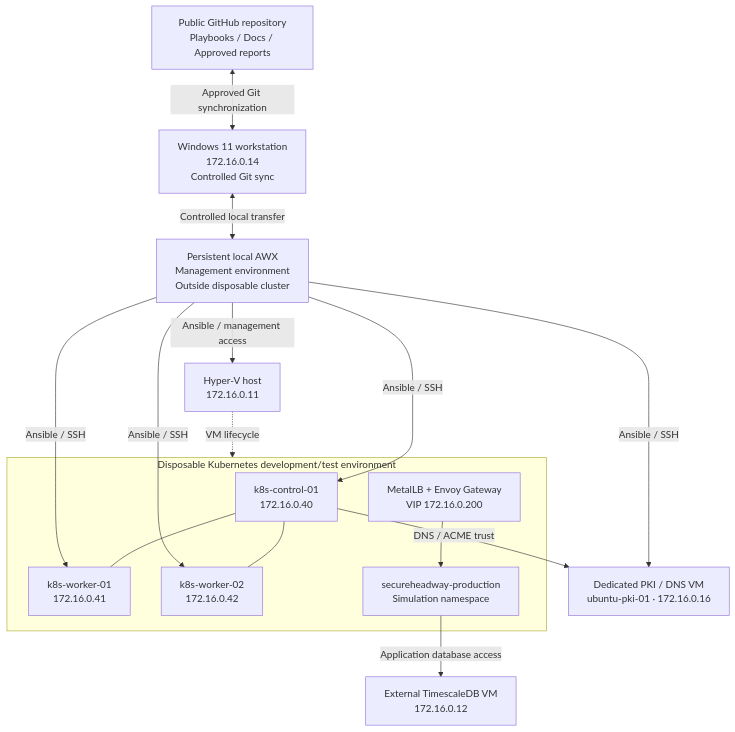
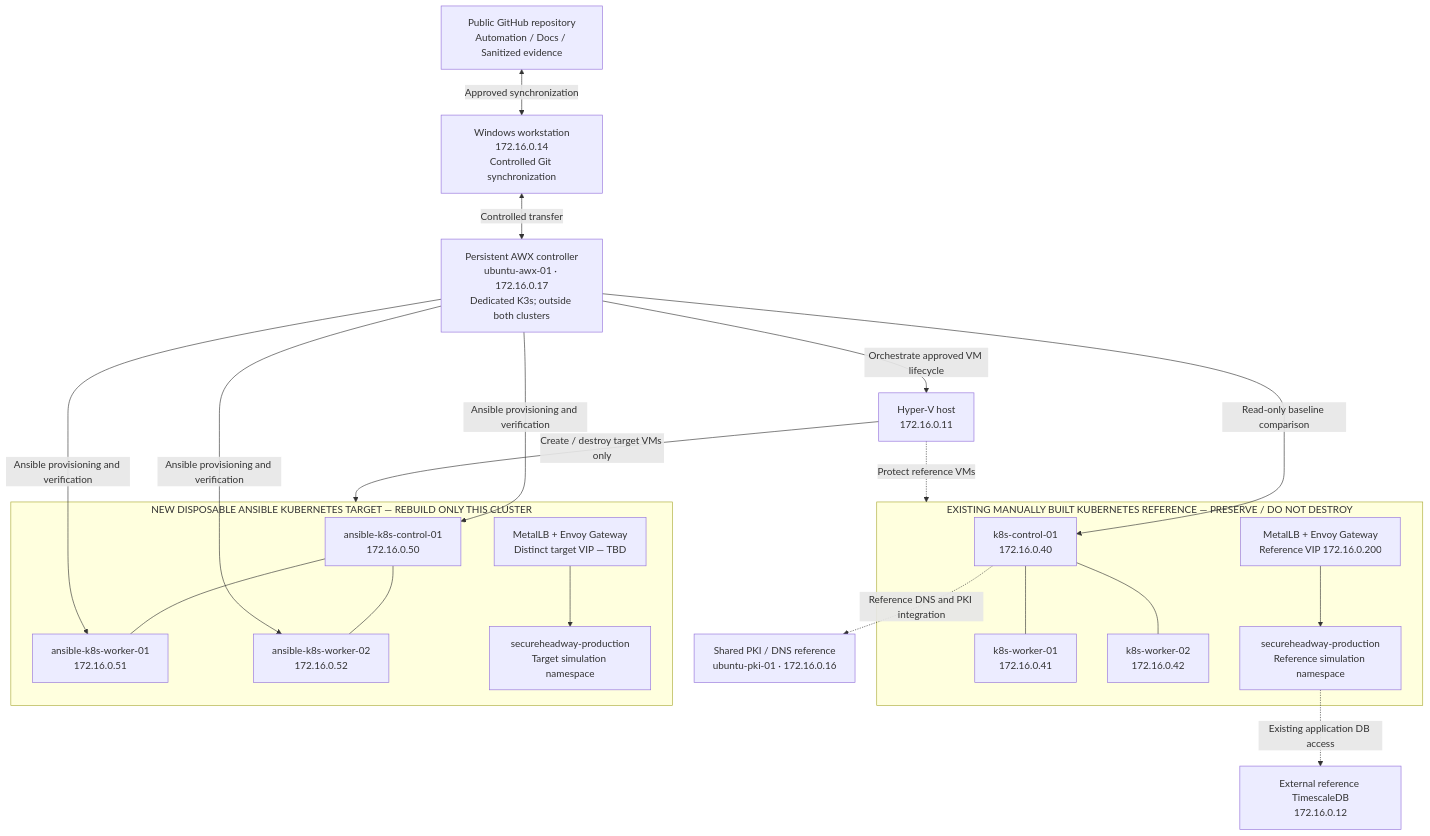
Before and after one commit to jshealysh/secureheadway-infrastructure: the first of 4 diagrams in documentation/SecureHeadway-Ansible-AWX-Implementation-Approach.md, drawn with Mermaid. The commit also changed other lines of this file, not shown here.

Commit message:
docs: correct Mermaid topology to show protected reference and disposable Ansible target clusters

````diff
--- a/documentation/SecureHeadway-Ansible-AWX-Implementation-Approach.md
+++ b/documentation/SecureHeadway-Ansible-AWX-Implementation-Approach.md
@@ -78,29 +78,43 @@
 ```mermaid
 flowchart TB
-    GH["Public GitHub repository<br/>Playbooks / Docs / Approved reports"]
-    WS["Windows 11 workstation<br/>172.16.0.14<br/>Controlled Git sync"]
+    GH["Public GitHub repository<br/>Automation / Docs / Sanitized evidence"]
+    WS["Windows workstation<br/>172.16.0.14<br/>Controlled Git synchronization"]
     HV["Hyper-V host<br/>172.16.0.11"]
-    AWX["Persistent local AWX<br/>Management environment<br/>Outside disposable cluster"]
-    PKI["Dedicated PKI / DNS VM<br/>ubuntu-pki-01 · 172.16.0.16"]
-    DB["External TimescaleDB VM<br/>172.16.0.12"]
-    subgraph LAB["Disposable Kubernetes development/test environment"]
-      CP["k8s-control-01<br/>172.16.0.40"]
-      W1["k8s-worker-01<br/>172.16.0.41"]
-      W2["k8s-worker-02<br/>172.16.0.42"]
-      GW["MetalLB + Envoy Gateway<br/>VIP 172.16.0.200"]
-      NS["secureheadway-production<br/>Simulation namespace"]
-      CP --- W1
-      CP --- W2
-      GW --> NS
+    AWX["Persistent AWX controller<br/>ubuntu-awx-01 · 172.16.0.17<br/>Dedicated K3s; outside both clusters"]
+    PKI["Shared PKI / DNS reference<br/>ubuntu-pki-01 · 172.16.0.16"]
+    DB["External reference TimescaleDB<br/>172.16.0.12"]
+
+    subgraph REF["EXISTING MANUALLY BUILT KUBERNETES REFERENCE — PRESERVE / DO NOT DESTROY"]
+      RCP["k8s-control-01<br/>172.16.0.40"]
+      RW1["k8s-worker-01<br/>172.16.0.41"]
+      RW2["k8s-worker-02<br/>172.16.0.42"]
+      RGW["MetalLB + Envoy Gateway<br/>Reference VIP 172.16.0.200"]
+      RNS["secureheadway-production<br/>Reference simulation namespace"]
+      RCP --- RW1
+      RCP --- RW2
+      RGW --> RNS
     end
-    GH <-->|"Approved Git synchronization"| WS
-    WS <-->|"Controlled local transfer"| AWX
-    AWX -->|"Ansible / management access"| HV
-    AWX -->|"Ansible / SSH"| CP
-    AWX -->|"Ansible / SSH"| W1
-    AWX -->|"Ansible / SSH"| W2
-    AWX -->|"Ansible / SSH"| PKI
-    CP -->|"DNS / ACME trust"| PKI
-    NS -->|"Application database access"| DB
-    HV -.->|"VM lifecycle"| LAB
+
+    subgraph TARGET["NEW DISPOSABLE ANSIBLE KUBERNETES TARGET — REBUILD ONLY THIS CLUSTER"]
+      TCP["ansible-k8s-control-01<br/>172.16.0.50"]
+      TW1["ansible-k8s-worker-01<br/>172.16.0.51"]
+      TW2["ansible-k8s-worker-02<br/>172.16.0.52"]
+      TGW["MetalLB + Envoy Gateway<br/>Distinct target VIP — TBD"]
+      TNS["secureheadway-production<br/>Target simulation namespace"]
+      TCP --- TW1
+      TCP --- TW2
+      TGW --> TNS
+    end
+
+    GH <-->|"Approved synchronization"| WS
+    WS <-->|"Controlled transfer"| AWX
+    AWX -->|"Orchestrate approved VM lifecycle"| HV
+    AWX -->|"Read-only baseline comparison"| RCP
+    AWX -->|"Ansible provisioning and verification"| TCP
+    AWX -->|"Ansible provisioning and verification"| TW1
+    AWX -->|"Ansible provisioning and verification"| TW2
+    RCP -.->|"Reference DNS and PKI integration"| PKI
+    RNS -.->|"Existing application DB access"| DB
+    HV -.->|"Protect reference VMs"| REF
+    HV -->|"Create / destroy target VMs only"| TARGET
 ```
````
